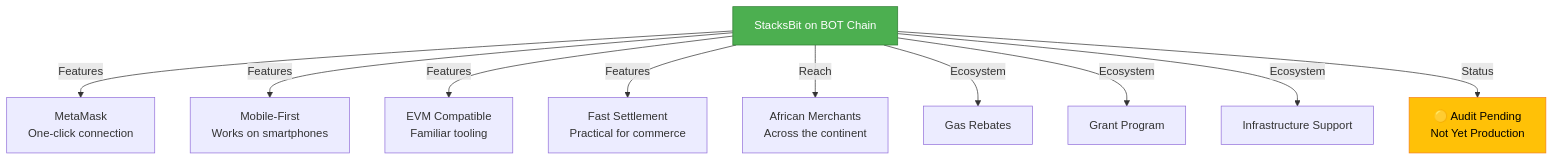
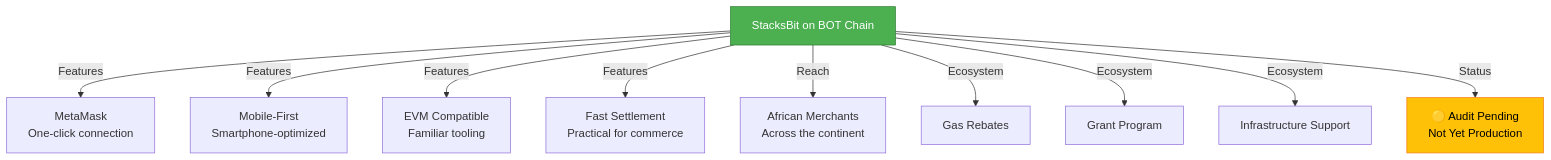
One commit to rogersterkaa/stacksBit-flare changed the seventh of 8 diagrams in README.md. Above: the diagram before and after it, drawn with Mermaid. The commit also changed other lines of this file, not shown here.

Commit message:
docs: clean final README - Mermaid diagrams, no duplicates, professional GitHub rendering

````diff
--- a/README.md
+++ b/README.md
@@ -627,20 +200,20 @@
 ```mermaid
 graph TD
     A["StacksBit on BOT Chain"]
     
     A -->|"Features"| B1["MetaMask<br/>One-click connection"]
-    A -->|"Features"| B2["Mobile-First<br/>Works on smartphones"]
+    A -->|"Features"| B2["Mobile-First<br/>Smartphone-optimized"]
     A -->|"Features"| B3["EVM Compatible<br/>Familiar tooling"]
     A -->|"Features"| B4["Fast Settlement<br/>Practical for commerce"]
     
     A -->|"Reach"| C["African Merchants<br/>Across the continent"]
     
     A -->|"Ecosystem"| D1["Gas Rebates"]
     A -->|"Ecosystem"| D2["Grant Program"]
     A -->|"Ecosystem"| D3["Infrastructure Support"]
     
     A -->|"Status"| E["🟡 Audit Pending<br/>Not Yet Production"]
     
     style A fill:#4CAF50,stroke:#2E7D32,color:#fff
     style E fill:#FFC107,stroke:#F57F17,color:#000
 ```
````
